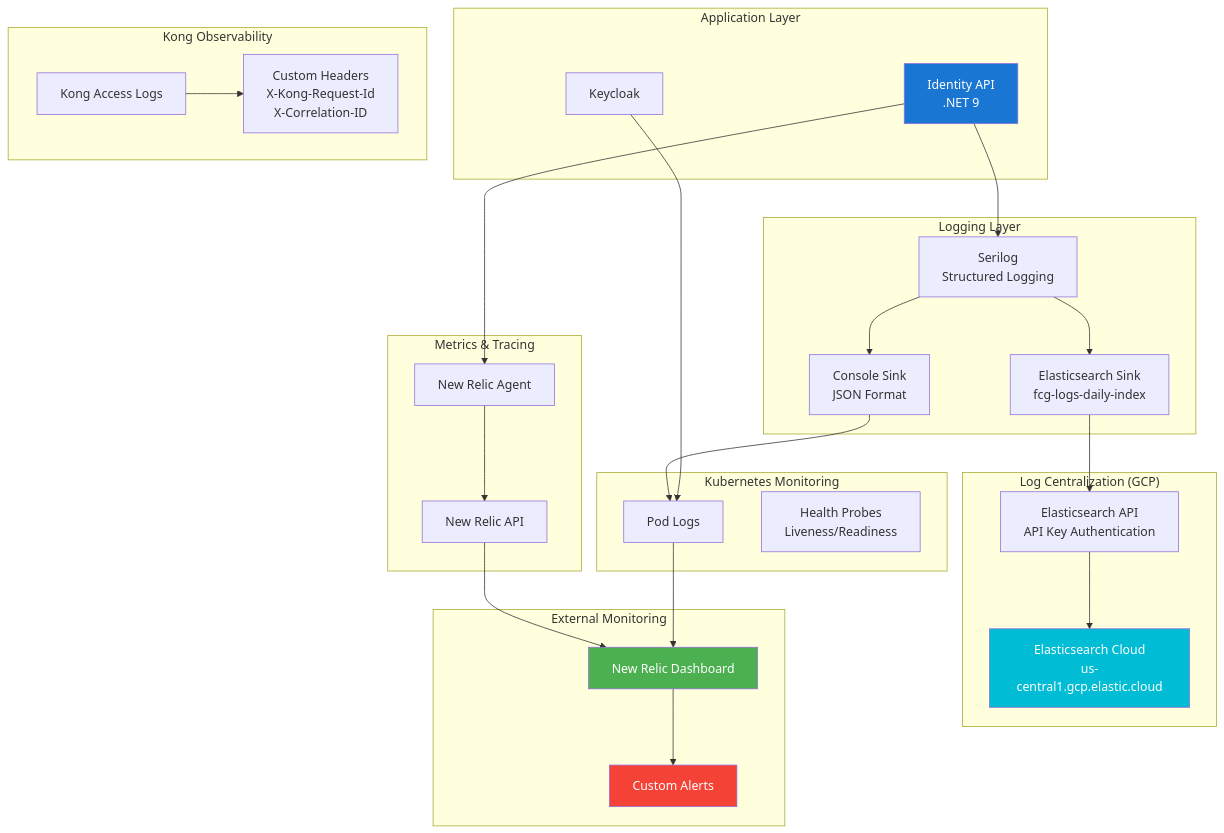
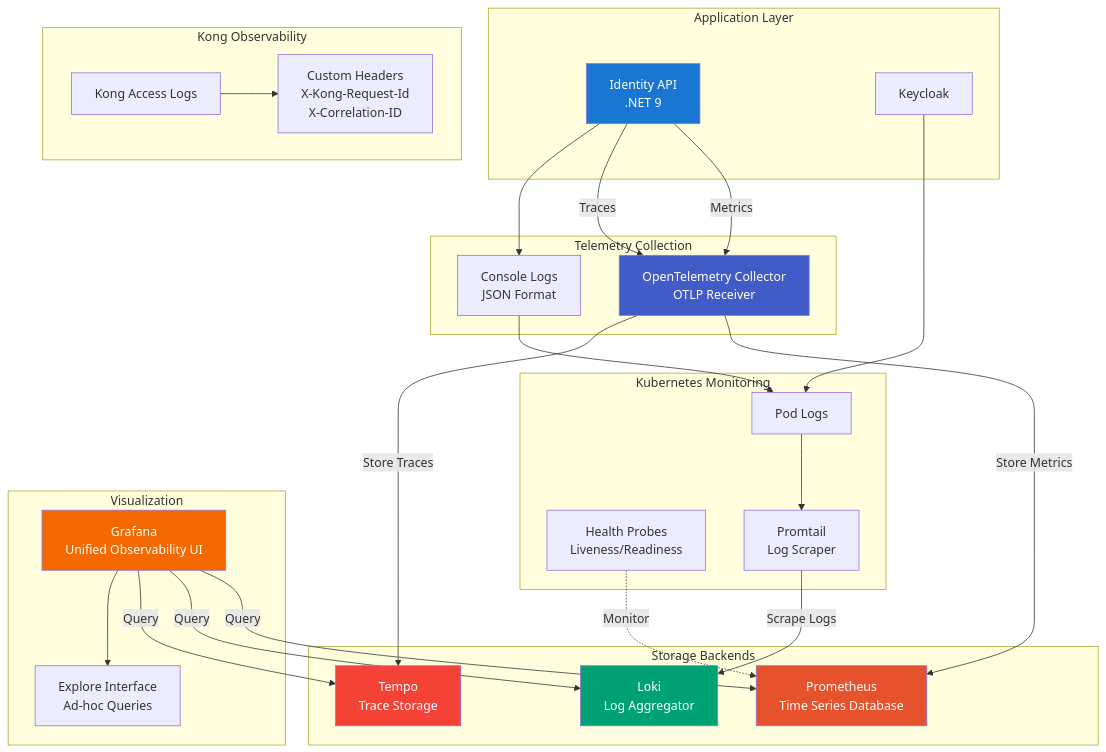
Before and after one commit to kyo1506/tec-challenge-fase-1: the third of 6 diagrams in README.md, drawn with Mermaid. The commit also changed other lines of this file and 7 other files, not shown here.

First line of the commit message:
refactor: Update observability stack to use Prometheus, Loki, Tempo, and Grafana

````diff
--- a/README.md
+++ b/README.md
@@ -119,57 +134,57 @@
 ```mermaid
 flowchart TB
     subgraph "Application Layer"
         APP[Identity API<br/>.NET 9]
         KC_APP[Keycloak]
     end
     
-    subgraph "Logging Layer"
-        SERILOG[Serilog<br/>Structured Logging]
-        CONSOLE[Console Sink<br/>JSON Format]
-        ELASTIC_SINK[Elasticsearch Sink<br/>fcg-logs-daily-index]
-    end
-    
-    subgraph "Metrics & Tracing"
-        NR_AGENT[New Relic Agent]
-        NR_API[New Relic API]
+    subgraph "Telemetry Collection"
+        OTEL[OpenTelemetry Collector<br/>OTLP Receiver]
+        CONSOLE[Console Logs<br/>JSON Format]
     end
     
     subgraph "Kong Observability"
         KONG_LOGS[Kong Access Logs]
         HEADERS[Custom Headers<br/>X-Kong-Request-Id<br/>X-Correlation-ID]
     end
     
     subgraph "Kubernetes Monitoring"
         K8S_LOGS[Pod Logs]
         HEALTH_CHECKS[Health Probes<br/>Liveness/Readiness]
+        PROMTAIL[Promtail<br/>Log Scraper]
     end
     
-    subgraph "Log Centralization (GCP)"
-        ELASTICSEARCH[Elasticsearch Cloud<br/>us-central1.gcp.elastic.cloud]
-        ELASTIC_API[Elasticsearch API<br/>API Key Authentication]
+    subgraph "Storage Backends"
+        PROMETHEUS[Prometheus<br/>Time Series Database]
+        LOKI[Loki<br/>Log Aggregator]
+        TEMPO[Tempo<br/>Trace Storage]
     end
     
-    subgraph "External Monitoring"
-        NR_DASHBOARD[New Relic Dashboard]
-        ALERTS[Custom Alerts]
+    subgraph "Visualization"
+        GRAFANA[Grafana<br/>Unified Observability UI]
+        EXPLORE[Explore Interface<br/>Ad-hoc Queries]
     end
 
-    APP --> SERILOG
-    APP --> NR_AGENT
+    APP -->|Metrics| OTEL
+    APP -->|Traces| OTEL
+    APP --> CONSOLE
     KC_APP --> K8S_LOGS
-    SERILOG --> CONSOLE
-    SERILOG --> ELASTIC_SINK
-    ELASTIC_SINK --> ELASTIC_API
-    ELASTIC_API --> ELASTICSEARCH
-    NR_AGENT --> NR_API
+    CONSOLE --> K8S_LOGS
+    K8S_LOGS --> PROMTAIL
+    PROMTAIL -->|Scrape Logs| LOKI
+    OTEL -->|Store Metrics| PROMETHEUS
+    OTEL -->|Store Traces| TEMPO
     KONG_LOGS --> HEADERS
-    CONSOLE --> K8S_LOGS
-    K8S_LOGS --> NR_DASHBOARD
-    NR_API --> NR_DASHBOARD
-    NR_DASHBOARD --> ALERTS
+    GRAFANA -->|Query| PROMETHEUS
+    GRAFANA -->|Query| LOKI
+    GRAFANA -->|Query| TEMPO
+    GRAFANA --> EXPLORE
+    HEALTH_CHECKS -.->|Monitor| PROMETHEUS
     
     style APP fill:#1976d2,color:#fff
-    style ELASTICSEARCH fill:#00bcd4,color:#fff
-    style NR_DASHBOARD fill:#4caf50,color:#fff
-    style ALERTS fill:#f44336,color:#fff
+    style GRAFANA fill:#f46800,color:#fff
+    style PROMETHEUS fill:#e6522c,color:#fff
+    style LOKI fill:#00a273,color:#fff
+    style TEMPO fill:#f44336,color:#fff
+    style OTEL fill:#425cc7,color:#fff
 ```
````
